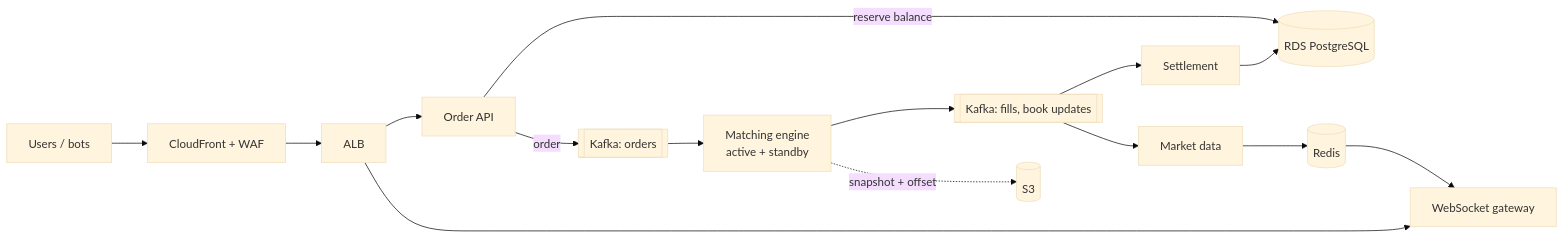
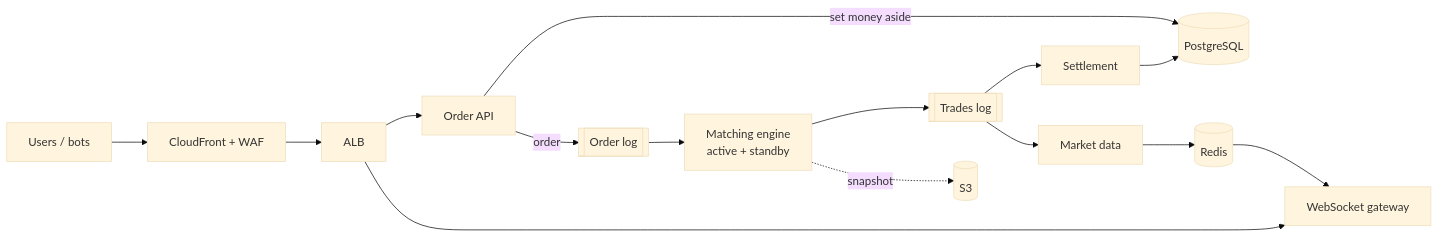
Before and after one commit to knightus/99tech-devops-challenge: the first of 3 diagrams in src/problem1/SOLUTION.md, drawn with Mermaid (base theme). The commit also changed other lines of this file, not shown here.

````diff
--- a/src/problem1/SOLUTION.md
+++ b/src/problem1/SOLUTION.md
@@ -32,13 +33,13 @@
 ```mermaid
 flowchart LR
   U[Users / bots] --> CF[CloudFront + WAF] --> ALB
   ALB --> API[Order API]
   ALB --> WS[WebSocket gateway]
-  API -->|reserve balance| DB[(RDS PostgreSQL)]
-  API -->|order| IN[[Kafka: orders]]
+  API -->|set money aside| DB[(PostgreSQL)]
+  API -->|order| IN[[Order log]]
   IN --> ME[Matching engine<br/>active + standby]
-  ME --> OUT[[Kafka: fills, book updates]]
+  ME --> OUT[[Trades log]]
   OUT --> SET[Settlement] --> DB
   OUT --> MD[Market data] --> R[(Redis)] --> WS
-  ME -.snapshot + offset.-> S3[(S3)]
+  ME -.snapshot.-> S3[(S3)]
 ```
````
